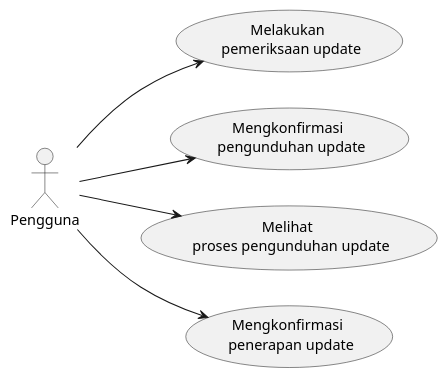
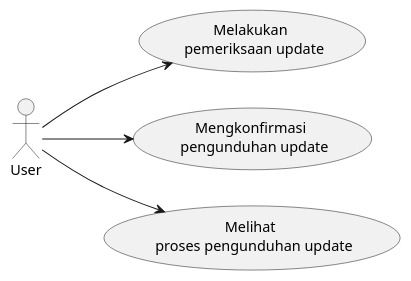
The diagram in diagram/usecase/user.puml (mnindrazaka/code-send), drawn with PlantUML before and after one commit.

Commit message:
fix(diagram/use-case): remove apply update

```diff
--- a/diagram/usecase/user.puml
+++ b/diagram/usecase/user.puml
@@ -1,16 +1,14 @@
 @startuml usecase
 left to right direction
-actor Pengguna as user
+actor User as user
 
 ' apply update use case
 usecase (Melakukan \n pemeriksaan update) as (check update)
 usecase (Mengkonfirmasi \n pengunduhan update) as (download update)
 usecase (Melihat \n proses pengunduhan update) as (download update progress)
-usecase (Mengkonfirmasi \n penerapan update) as (apply update)
 
 user-->(check update)
 user-->(download update)
 user-->(download update progress)
-user-->(apply update)
 
 @enduml
```
